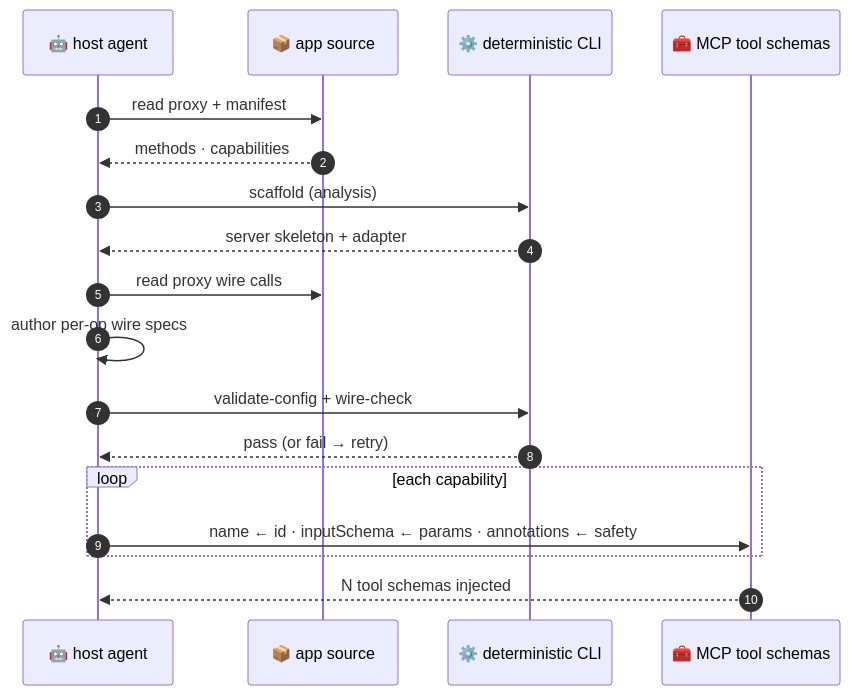
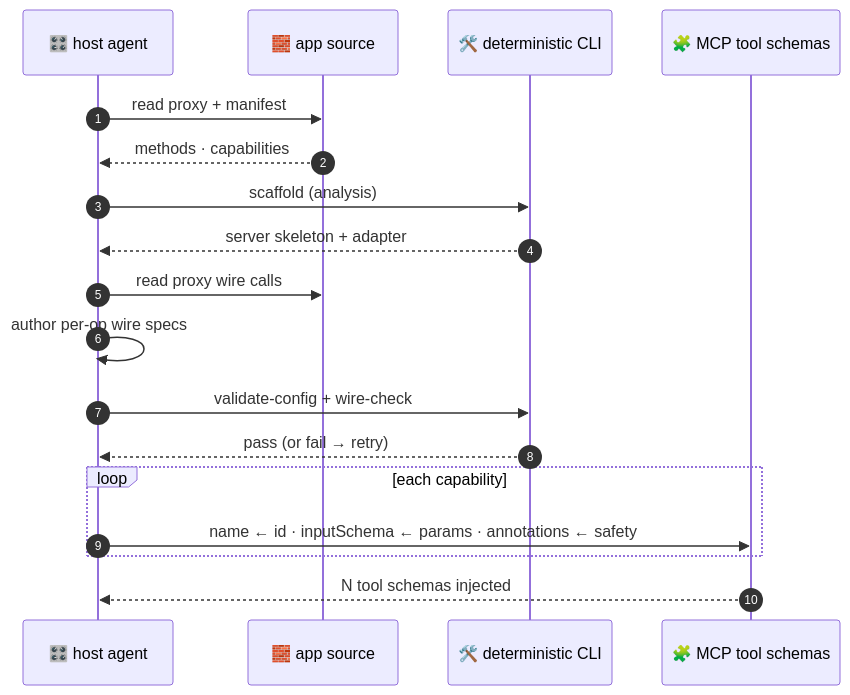
The second of 2 diagrams in README.md (MatCaviar/BRIDGE), drawn with Mermaid before and after one commit. The commit also changed other lines of this file, not shown here.

Commit message:
docs(readme): align figure emojis with README vocabulary (🎛️ agent · 🧱 source · 🛠️ CLI · 🧩 tools)

````diff
--- a/README.md
+++ b/README.md
@@ -82,21 +82,21 @@
 ```mermaid
 sequenceDiagram
     autonumber
-    participant Agent as 🤖 host agent
-    participant Source as 📦 app source
-    participant CLI as ⚙️ deterministic CLI
-    participant Tool as 🧰 MCP tool schemas
+    participant Agent as 🎛️ host agent
+    participant Source as 🧱 app source
+    participant CLI as 🛠️ deterministic CLI
+    participant Tool as 🧩 MCP tool schemas
 
     Agent->>Source: read proxy + manifest
     Source-->>Agent: methods · capabilities
     Agent->>CLI: scaffold (analysis)
     CLI-->>Agent: server skeleton + adapter
     Agent->>Source: read proxy wire calls
     Agent->>Agent: author per-op wire specs
     Agent->>CLI: validate-config + wire-check
     CLI-->>Agent: pass (or fail → retry)
     loop each capability
         Agent->>Tool: name ← id · inputSchema ← params · annotations ← safety
     end
     Tool-->>Agent: N tool schemas injected
 ```
````
